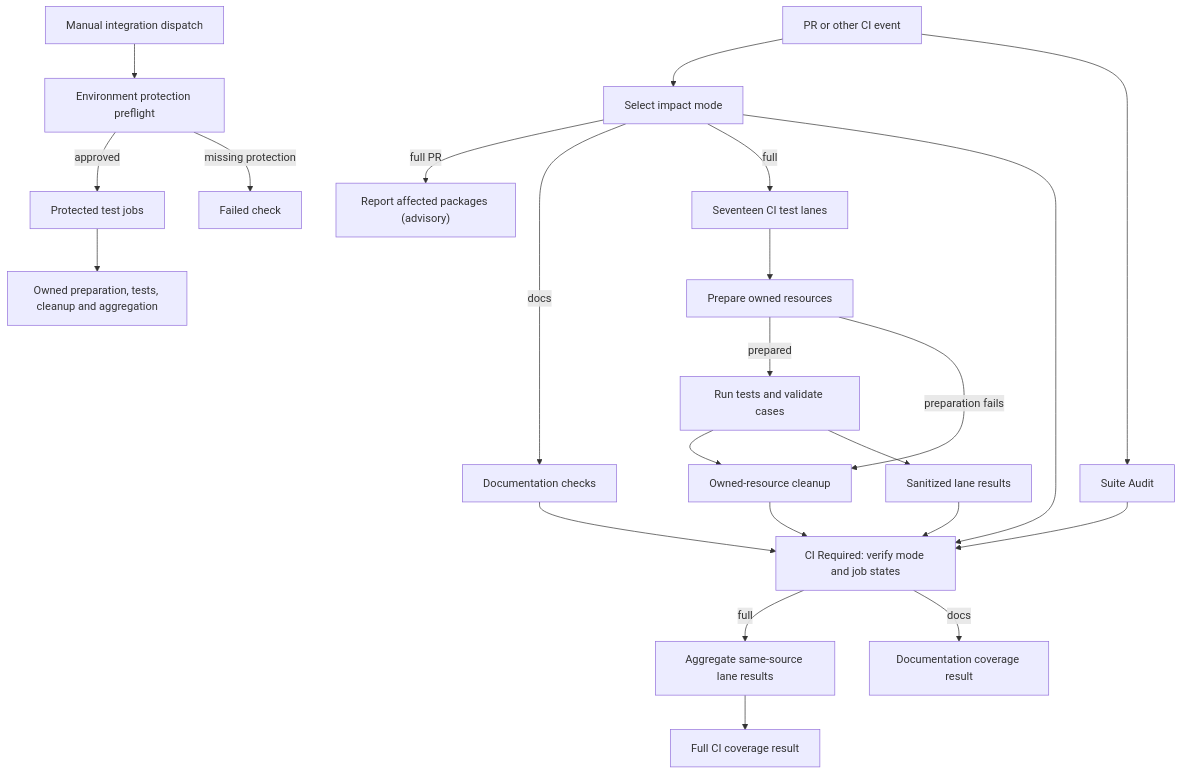
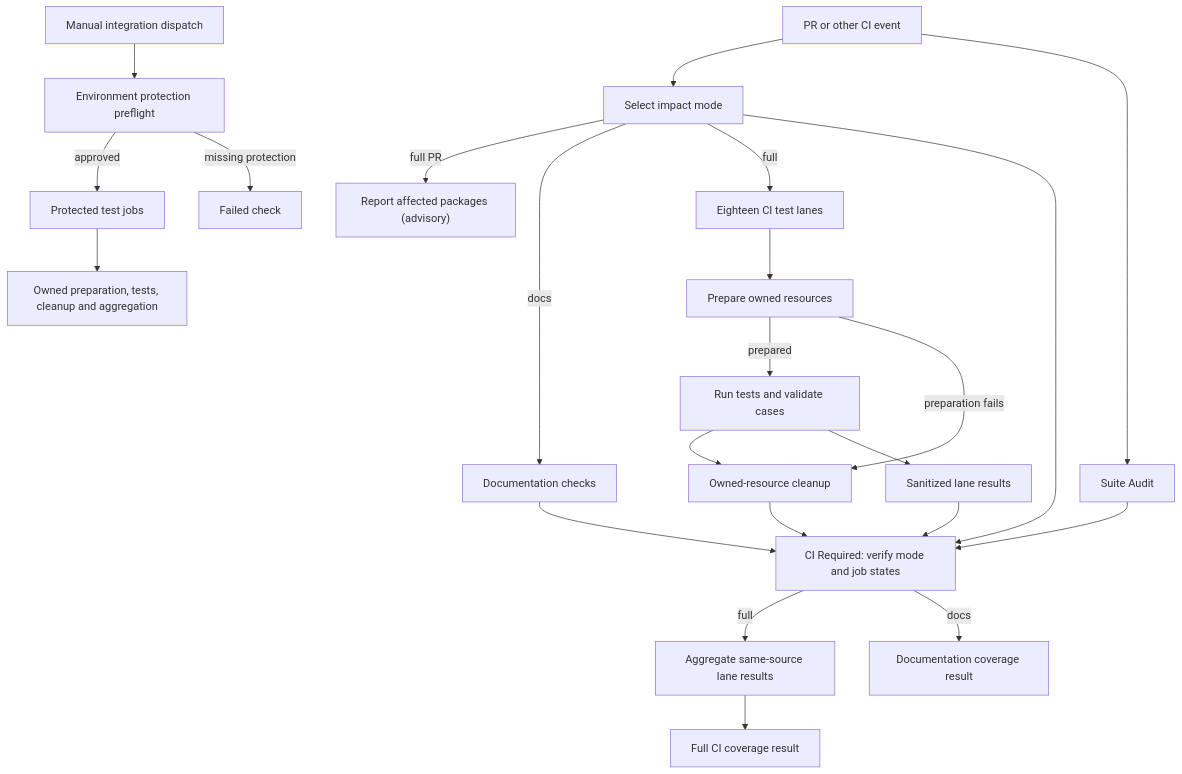
The diagram in docs/flows/github-actions-testing.md (IsaiahStapleton/openclaw-enterprise), drawn with Mermaid before and after one commit. The commit also changed other lines of this file and 5 other files, not shown here.

````diff
--- a/docs/flows/github-actions-testing.md
+++ b/docs/flows/github-actions-testing.md
@@ -21,25 +21,25 @@
 ```mermaid
 graph TD
   A["PR or other CI event"] --> S["Select impact mode"]
   A --> N["Suite Audit"]
   S -->|full PR| Q["Report affected packages (advisory)"]
   S -->|docs| D["Documentation checks"]
-  S -->|full| B["Seventeen CI test lanes"]
+  S -->|full| B["Eighteen CI test lanes"]
   B --> F["Prepare owned resources"]
   F -->|prepared| H["Run tests and validate cases"]
   F -->|preparation fails| J["Owned-resource cleanup"]
   H --> J
   H --> K["Sanitized lane results"]
   J --> G["CI Required: verify mode and job states"]
   S --> G
   N --> G
   D --> G
   K --> G
   G -->|full| L["Aggregate same-source lane results"]
   G -->|docs| M["Documentation coverage result"]
   L --> R["Full CI coverage result"]
   C["Manual integration dispatch"] --> P["Environment protection preflight"]
   P -->|approved| E["Protected test jobs"]
   P -->|missing protection| X["Failed check"]
   E --> T["Owned preparation, tests, cleanup and aggregation"]
 ```
````
